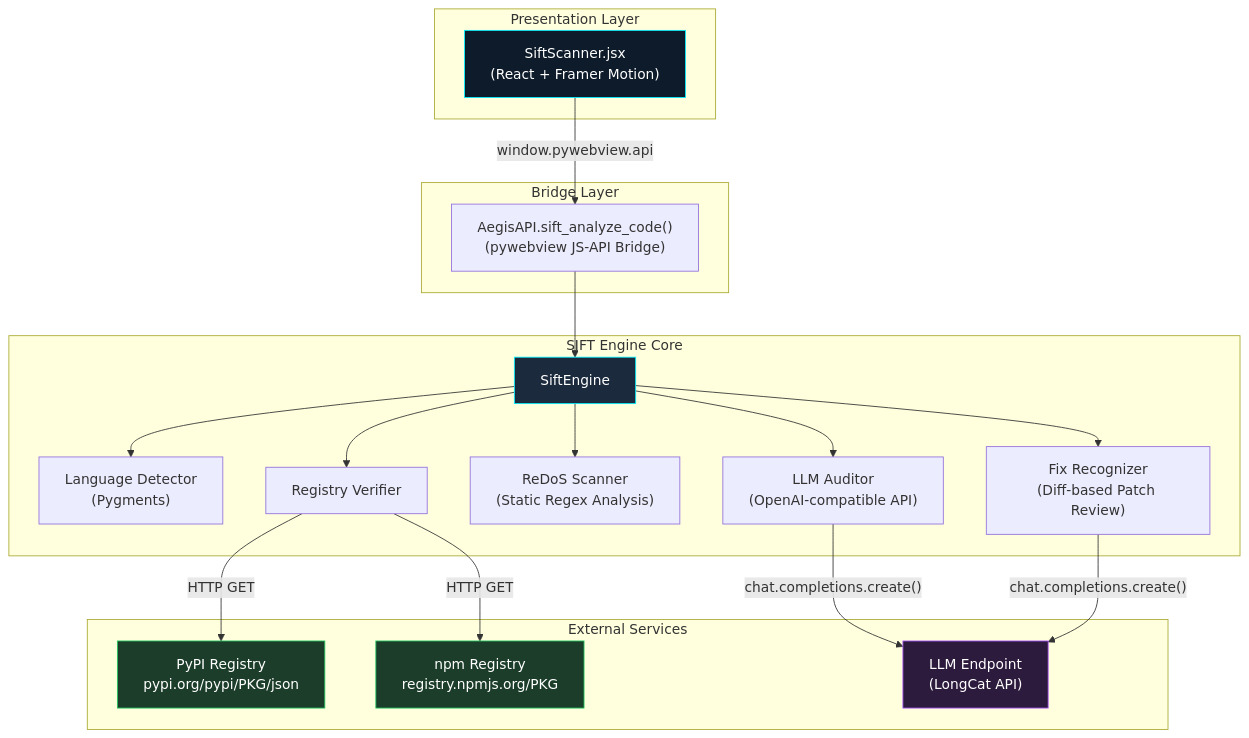
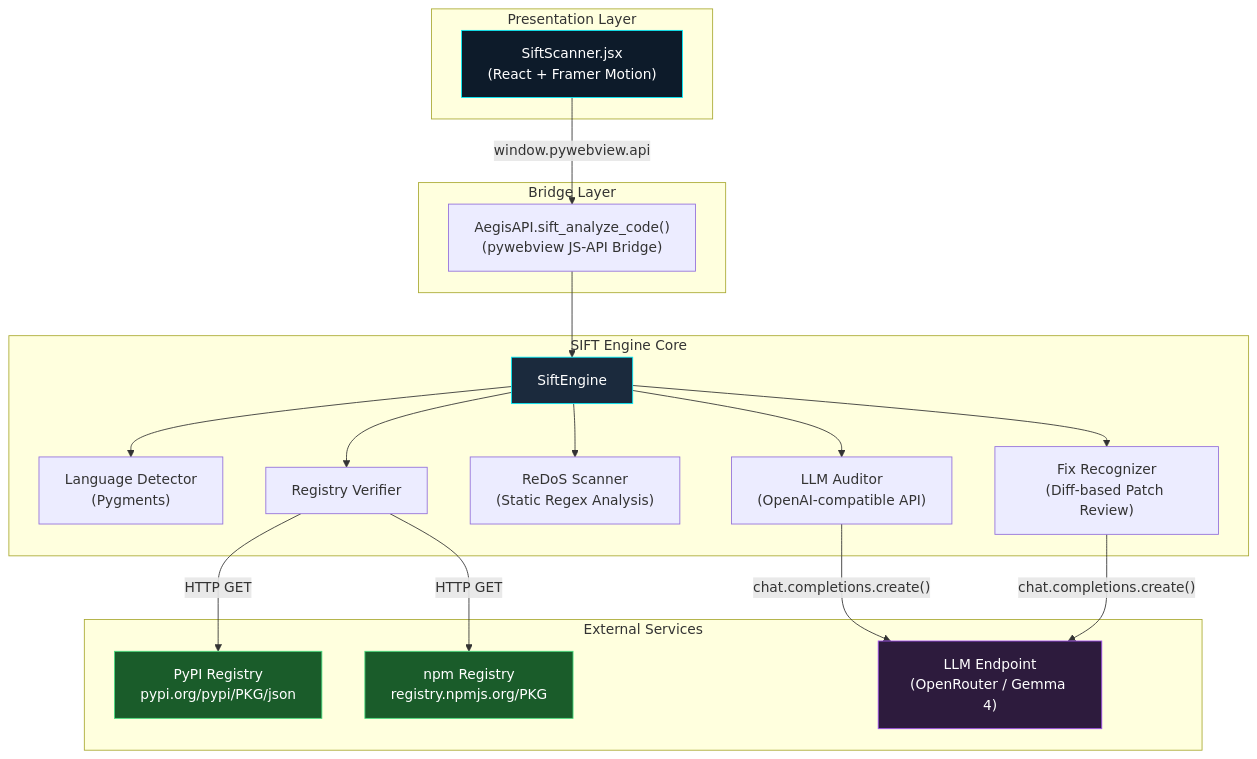
Before and after one commit to Ishrak-1520/AEGIS: the first of 8 diagrams in SIFT_Diagrams.md, drawn with Mermaid. The commit also changed 11 other files, not shown here.

````diff
--- a/SIFT_Diagrams.md
+++ b/SIFT_Diagrams.md
@@ -9,43 +9,43 @@
 ```mermaid
 graph TB
     subgraph "Presentation Layer"
         UI["SiftScanner.jsx<br/>(React + Framer Motion)"]
     end
 
     subgraph "Bridge Layer"
         API["AegisAPI.sift_analyze_code()<br/>(pywebview JS-API Bridge)"]
     end
 
     subgraph "SIFT Engine Core"
         SE["SiftEngine"]
         LD["Language Detector<br/>(Pygments)"]
         RV["Registry Verifier"]
         RD["ReDoS Scanner<br/>(Static Regex Analysis)"]
         LLM["LLM Auditor<br/>(OpenAI-compatible API)"]
         FR["Fix Recognizer<br/>(Diff-based Patch Review)"]
     end
 
     subgraph "External Services"
         PYPI["PyPI Registry<br/>pypi.org/pypi/PKG/json"]
         NPM["npm Registry<br/>registry.npmjs.org/PKG"]
-        AI["LLM Endpoint<br/>(LongCat API)"]
+        AI["LLM Endpoint<br/>(OpenRouter / Gemma 4)"]
     end
 
     UI -->|"window.pywebview.api"| API
     API --> SE
     SE --> LD
     SE --> RV
     SE --> RD
     SE --> LLM
     SE --> FR
     RV -->|"HTTP GET"| PYPI
     RV -->|"HTTP GET"| NPM
     LLM -->|"chat.completions.create()"| AI
     FR -->|"chat.completions.create()"| AI
 
     style UI fill:#0d1b2a,stroke:#00f0ff,color:#fff
     style SE fill:#1b2a3d,stroke:#00f0ff,color:#fff
     style AI fill:#2d1b3d,stroke:#a855f7,color:#fff
-    style PYPI fill:#1b3d2a,stroke:#22c55e,color:#fff
-    style NPM fill:#1b3d2a,stroke:#22c55e,color:#fff
+    style PYPI fill:#1a5c2a,stroke:#4ade80,color:#fff
+    style NPM fill:#1a5c2a,stroke:#4ade80,color:#fff
 ```
````
